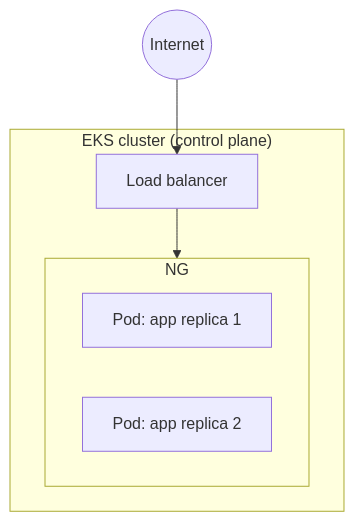
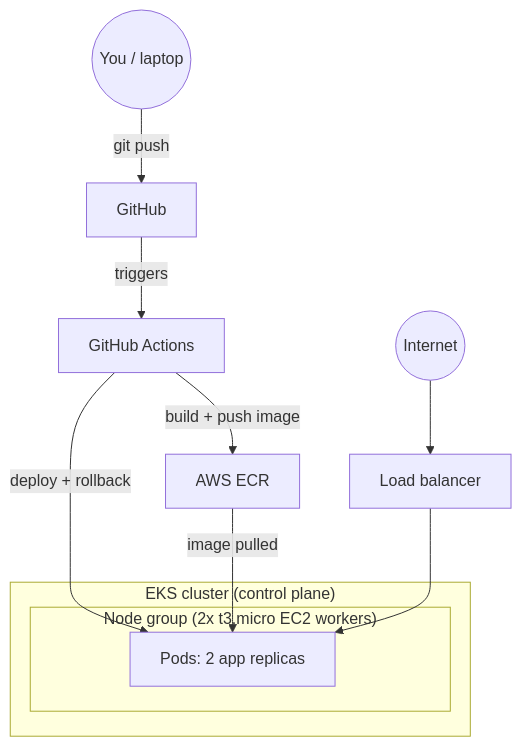
The fifth of 5 diagrams in README.md (Duna-Devo/Cloud-devops-portfolio), drawn with Mermaid before and after one commit. The commit also changed other lines of this file, not shown here.

````diff
--- a/README.md
+++ b/README.md
@@ -269,11 +269,15 @@
 ```mermaid
 flowchart TB
+    Dev((You / laptop)) -->|git push| GitHub[GitHub]
+    GitHub -->|triggers| Actions[GitHub Actions]
+    Actions -->|build + push image| ECR[AWS ECR]
+    Actions -->|deploy + rollback| Pods
+    ECR -->|image pulled| Pods
     Internet((Internet)) --> LB[Load balancer]
     subgraph EKS["EKS cluster (control plane)"]
-        LB --> NG["Node group (2x t3.micro EC2 workers)"]
-        subgraph NG
-            Pod1[Pod: app replica 1]
-            Pod2[Pod: app replica 2]
+        subgraph NG["Node group (2x t3.micro EC2 workers)"]
+            Pods[Pods: 2 app replicas]
         end
     end
+    LB --> Pods
 ```
````
